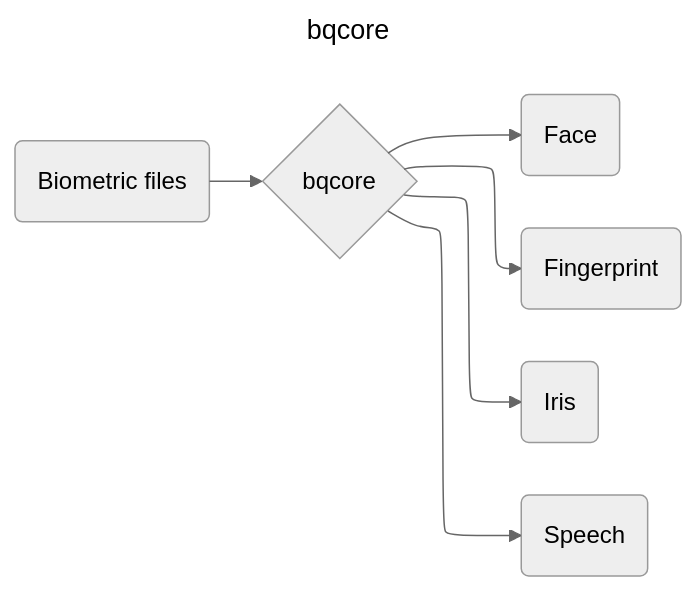
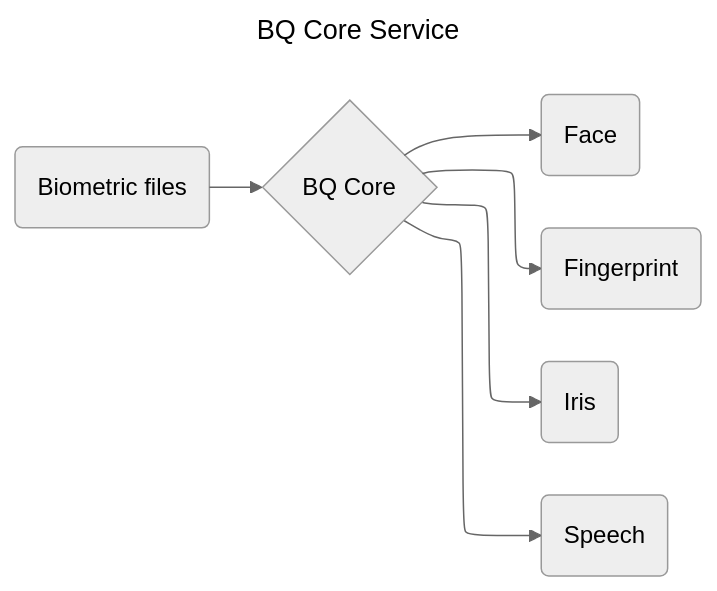
One commit to Open-Source-Biometric-Quality-Framework/Open-Source-Biometric-Quality-Framework.github.io changed the second of 4 diagrams in index/framework.md. Above: the diagram before and after it, drawn with Mermaid. The commit also changed other lines of this file and 9 other files, not shown here.

````diff
--- a/index/framework.md
+++ b/index/framework.md
@@ -45,14 +45,14 @@
 ``` mermaid
 ---
-title: bqcore
+title: BQ Core Service
 config:
   theme: neutral
   layout: elk
 ---
 graph LR
-    input(Biometric files) --> core{bqcore}
-    core{bqcore} --> face(Face)
-    core{bqcore} --> finger(Fingerprint)
-    core{bqcore} --> iris(Iris)
-    core{bqcore} --> speech(Speech)
+    input(Biometric files) --> core{BQ Core}
+    core{BQ Core} --> face(Face)
+    core{BQ Core} --> finger(Fingerprint)
+    core{BQ Core} --> iris(Iris)
+    core{BQ Core} --> speech(Speech)
 ```
````
